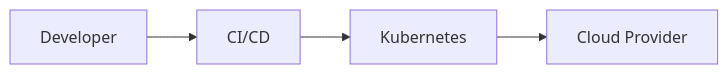
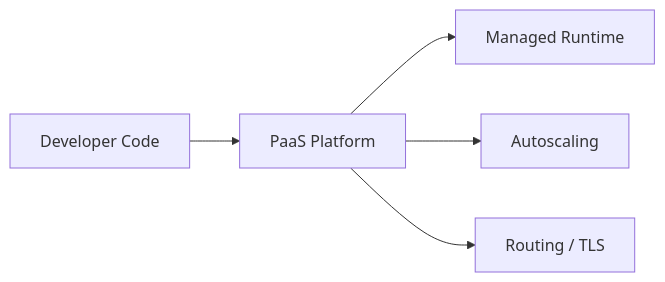
One commit to hareramcse/SystemDesign changed the fourth of 38 diagrams in 11-cloud-and-kubernetes/README.md. Above: the diagram before and after it, drawn with Mermaid. The commit also changed other lines of this file and 15 other files, not shown here.

````diff
--- a/11-cloud-and-kubernetes/README.md
+++ b/11-cloud-and-kubernetes/README.md
@@ -11,6 +174,7 @@
 ```mermaid
 flowchart LR
-    Dev[Developer] --> CI[CI/CD]
-    CI --> K8s[Kubernetes]
-    K8s --> Cloud[Cloud Provider]
+    Dev[Developer Code] --> PaaS[PaaS Platform]
+    PaaS --> Runtime[Managed Runtime]
+    PaaS --> Scale[Autoscaling]
+    PaaS --> Route[Routing / TLS]
 ```
````
